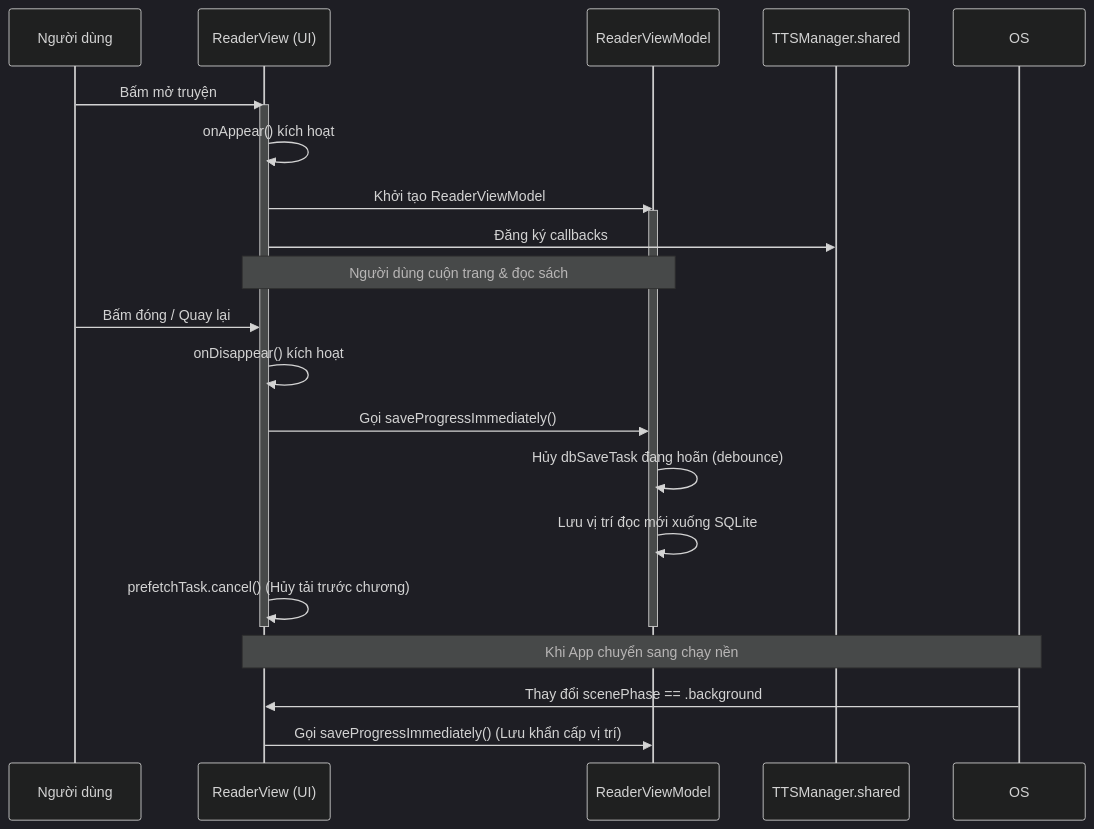
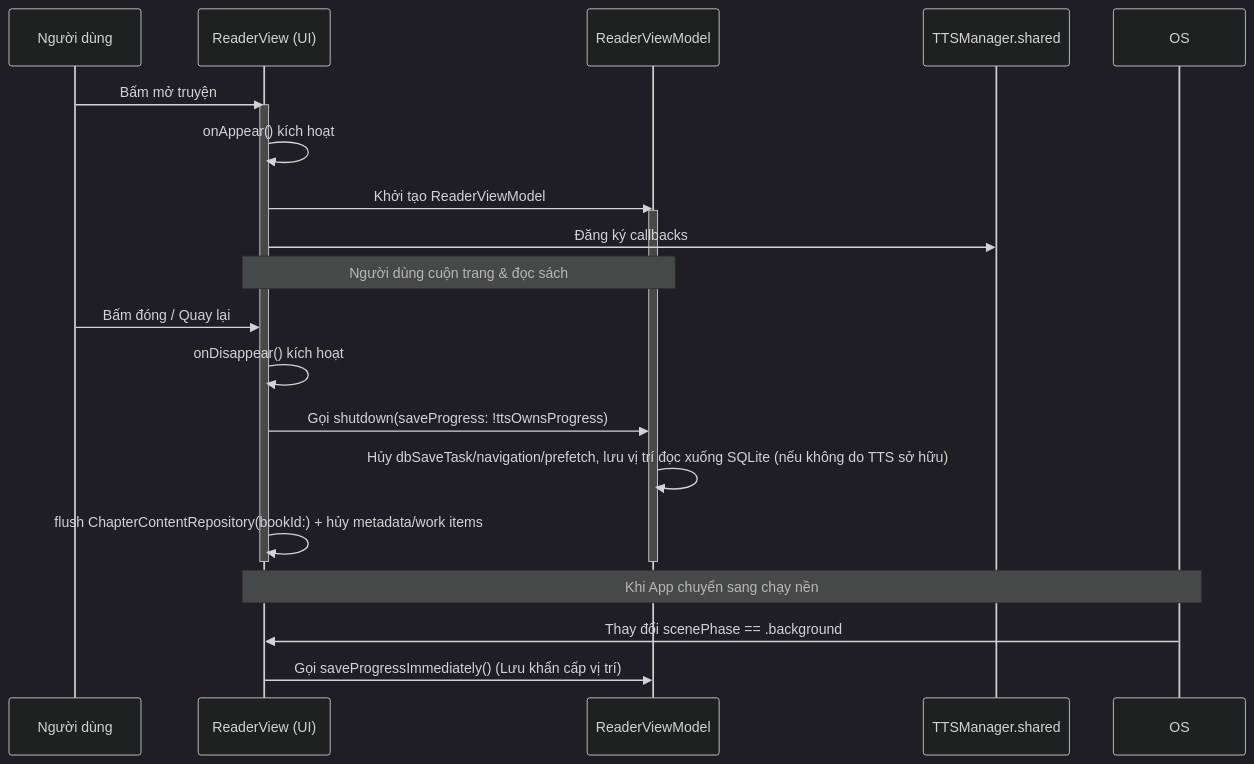
Before and after one commit to buudvh/FreeBook: the diagram in Docs/CodeGraph/08_lifecycle.md, drawn with Mermaid (dark theme). The commit also changed other lines of this file and 18 other files, not shown here.

````diff
--- a/Docs/CodeGraph/08_lifecycle.md
+++ b/Docs/CodeGraph/08_lifecycle.md
@@ -103,29 +103,28 @@
 ```mermaid
 sequenceDiagram
     participant User as Người dùng
     participant View as ReaderView (UI)
     participant VM as ReaderViewModel
     participant TTS as TTSManager.shared
     
     User->>View: Bấm mở truyện
     activate View
     View->>View: onAppear() kích hoạt
     View->>VM: Khởi tạo ReaderViewModel
     activate VM
     View->>TTS: Đăng ký callbacks
     
     Note over View, VM: Người dùng cuộn trang & đọc sách
     
     User->>View: Bấm đóng / Quay lại
     View->>View: onDisappear() kích hoạt
-    View->>VM: Gọi saveProgressImmediately()
-    VM->>VM: Hủy dbSaveTask đang hoãn (debounce)
-    VM->>VM: Lưu vị trí đọc mới xuống SQLite
-    View->>View: prefetchTask.cancel() (Hủy tải trước chương)
+    View->>VM: Gọi shutdown(saveProgress: !ttsOwnsProgress)
+    VM->>VM: Hủy dbSaveTask/navigation/prefetch, lưu vị trí đọc xuống SQLite (nếu không do TTS sở hữu)
+    View->>View: flush ChapterContentRepository(bookId:) + hủy metadata/work items
     deactivate VM
     deactivate View
     
     Note over View, OS: Khi App chuyển sang chạy nền
     OS->>View: Thay đổi scenePhase == .background
     View->>VM: Gọi saveProgressImmediately() (Lưu khẩn cấp vị trí)
 ```
````
